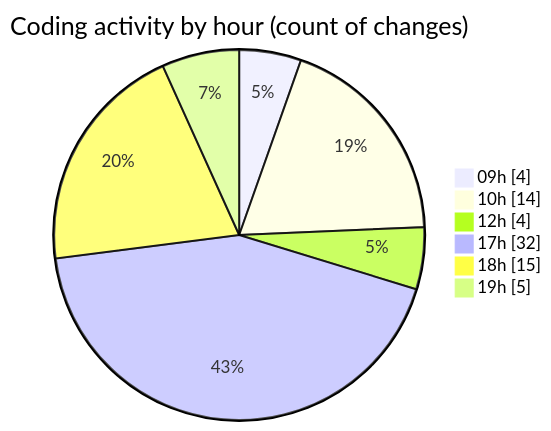
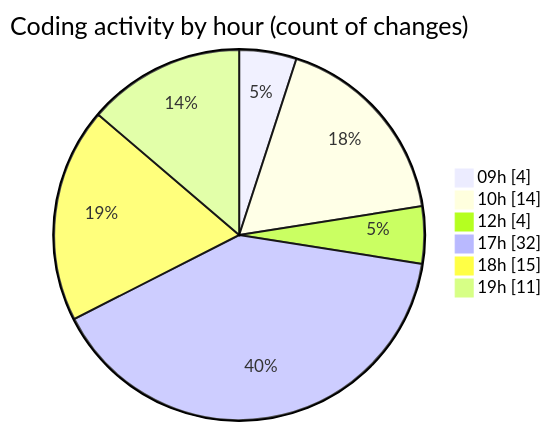
The second of 2 diagrams in 2025-05-06/niten/README.md (Elitesun/code-tracking), drawn with Mermaid before and after one commit. The commit also changed other lines of this file and 1 other file, not shown here.

````diff
--- a/2025-05-06/niten/README.md
+++ b/2025-05-06/niten/README.md
@@ -57,10 +59,10 @@
 ```mermaid
 pie showData
 title Coding activity by hour (count of changes)
 "09h" : 4
 "10h" : 14
 "12h" : 4
 "17h" : 32
 "18h" : 15
-"19h" : 5
+"19h" : 11
 ```
````
